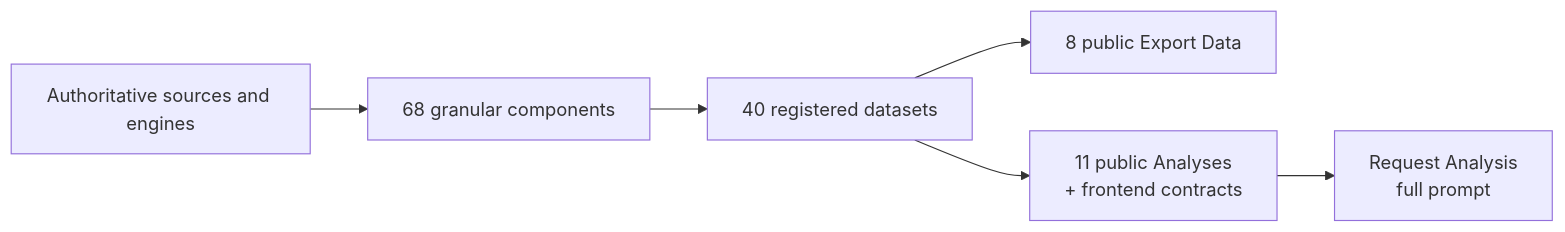
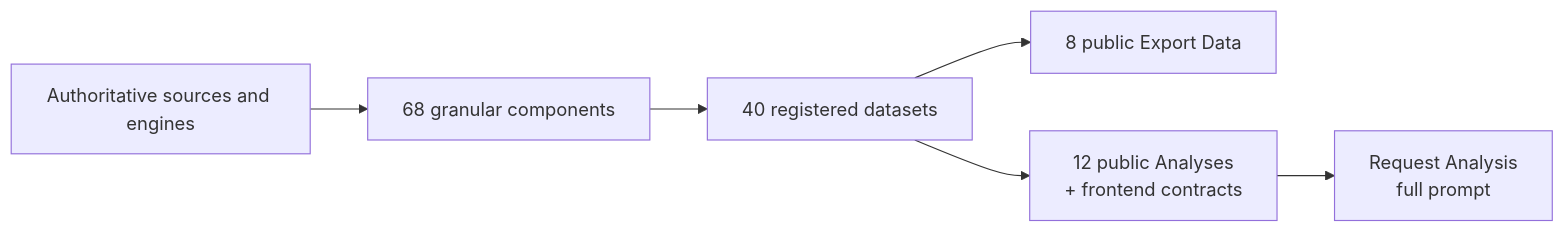
The first of 2 diagrams in mkdocs_src/docs/developer/architecture/patterns/ai_export_snapshot.md (Librefolio/LibreFolio), drawn with Mermaid before and after one commit. The commit also changed other lines of this file and 1 other file, not shown here.

Commit message:
docs(ai-export): twelve analyses in the developer docs (78 L3)

````diff
--- a/mkdocs_src/docs/developer/architecture/patterns/ai_export_snapshot.md
+++ b/mkdocs_src/docs/developer/architecture/patterns/ai_export_snapshot.md
@@ -30,8 +30,8 @@
 ```mermaid
 flowchart LR
     S["Authoritative sources and engines"] --> C["68 granular components"]
     C --> D["40 registered datasets"]
     D --> E["8 public Export Data"]
-    D --> A["11 public Analyses<br/>+ frontend contracts"]
+    D --> A["12 public Analyses<br/>+ frontend contracts"]
     A --> P["Request Analysis<br/>full prompt"]
 ```
````
